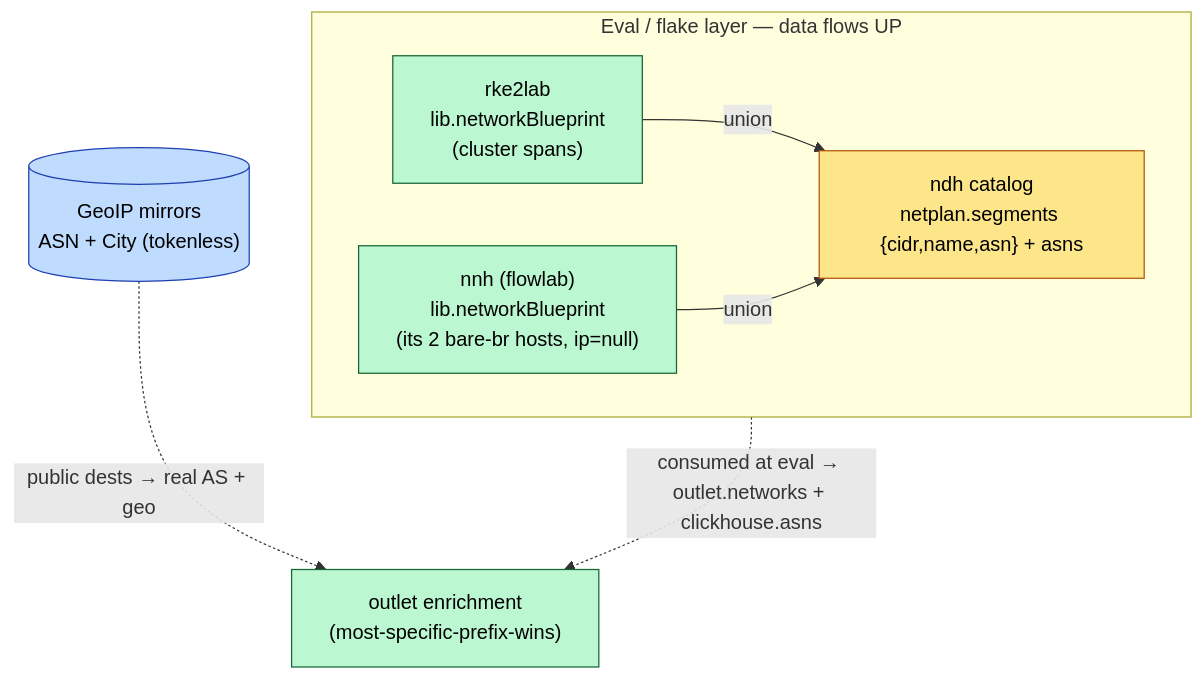
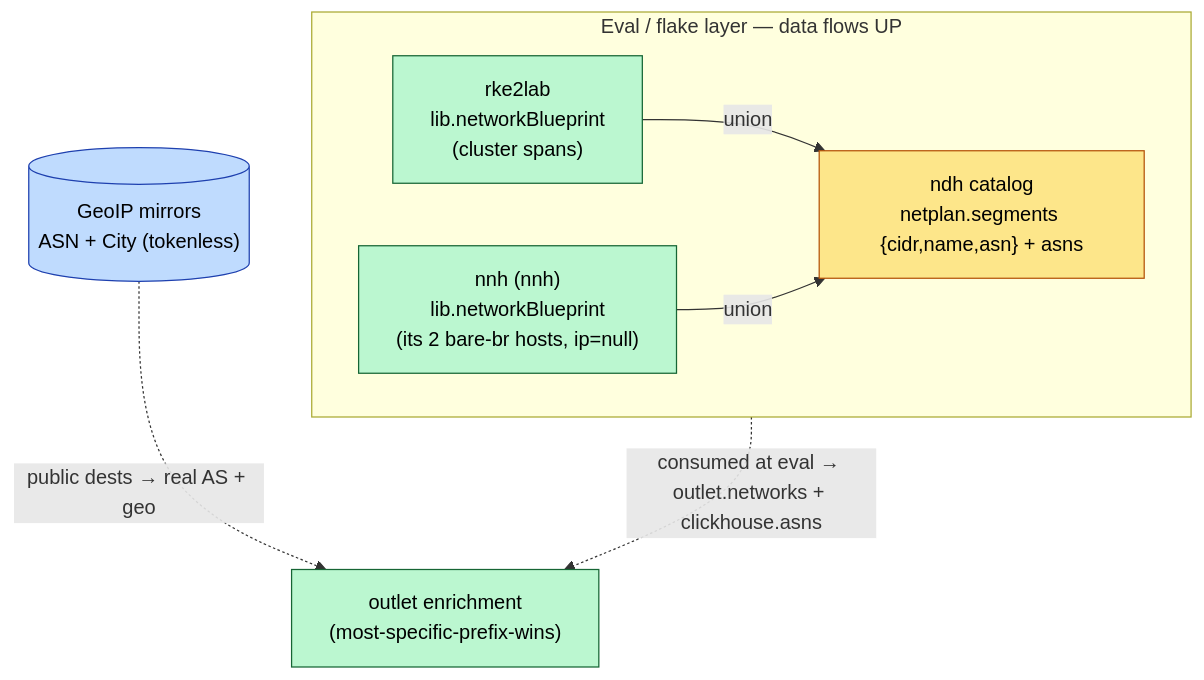
Before and after one commit to seedmatic/flowlab: the fourth of 5 diagrams in docs/architecture.adoc, drawn with Mermaid. The commit also changed other lines of this file and 5 other files, not shown here.

First line of the commit message:
chore: rename flowlab → nnh in code/docs (project identity)

```diff
--- a/docs/architecture.adoc
+++ b/docs/architecture.adoc
@@ -181,19 +181,19 @@
 [mermaid]
 ....
 flowchart TB
   subgraph eval [Eval / flake layer — data flows UP]
     direction LR
-    NNHb["nnh (flowlab)\nlib.networkBlueprint\n(its 2 bare-br hosts, ip=null)"]:::wl
+    NNHb["nnh (nnh)\nlib.networkBlueprint\n(its 2 bare-br hosts, ip=null)"]:::wl
     RKEb["rke2lab\nlib.networkBlueprint\n(cluster spans)"]:::wl
     CAT["ndh catalog\nnetplan.segments {cidr,name,asn} + asns"]:::data
     RKEb -->|"union"| CAT
     NNHb -->|"union"| CAT
   end
   CAT -.->|"consumed at eval → outlet.networks + clickhouse.asns"| OUT["outlet enrichment\n(most-specific-prefix-wins)"]:::wl
   GEO[("GeoIP mirrors\nASN + City (tokenless)")]:::infra
   GEO -.->|"public dests → real AS + geo"| OUT
 
   classDef wl fill:#bbf7d0,stroke:#166534,color:#000;
   classDef data fill:#fde68a,stroke:#b45309,color:#000;
   classDef infra fill:#bfdbfe,stroke:#1e40af,color:#000;
 ....
```
